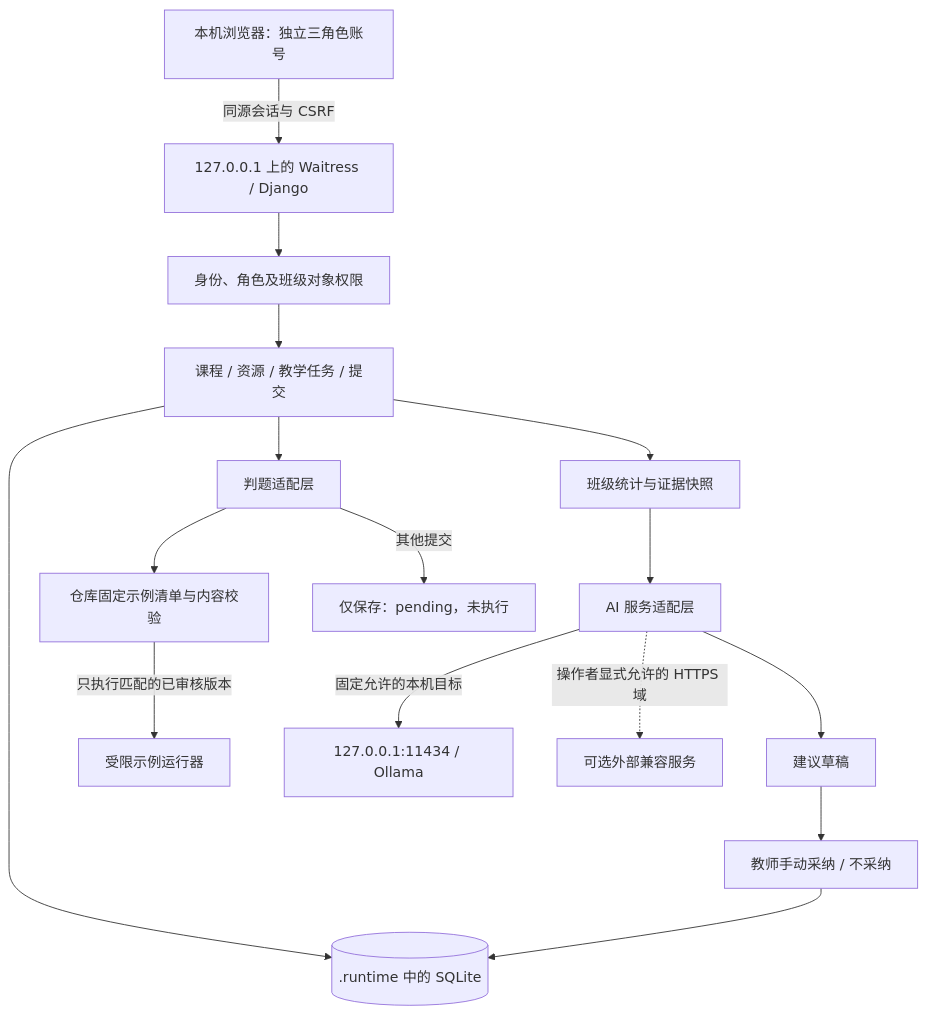
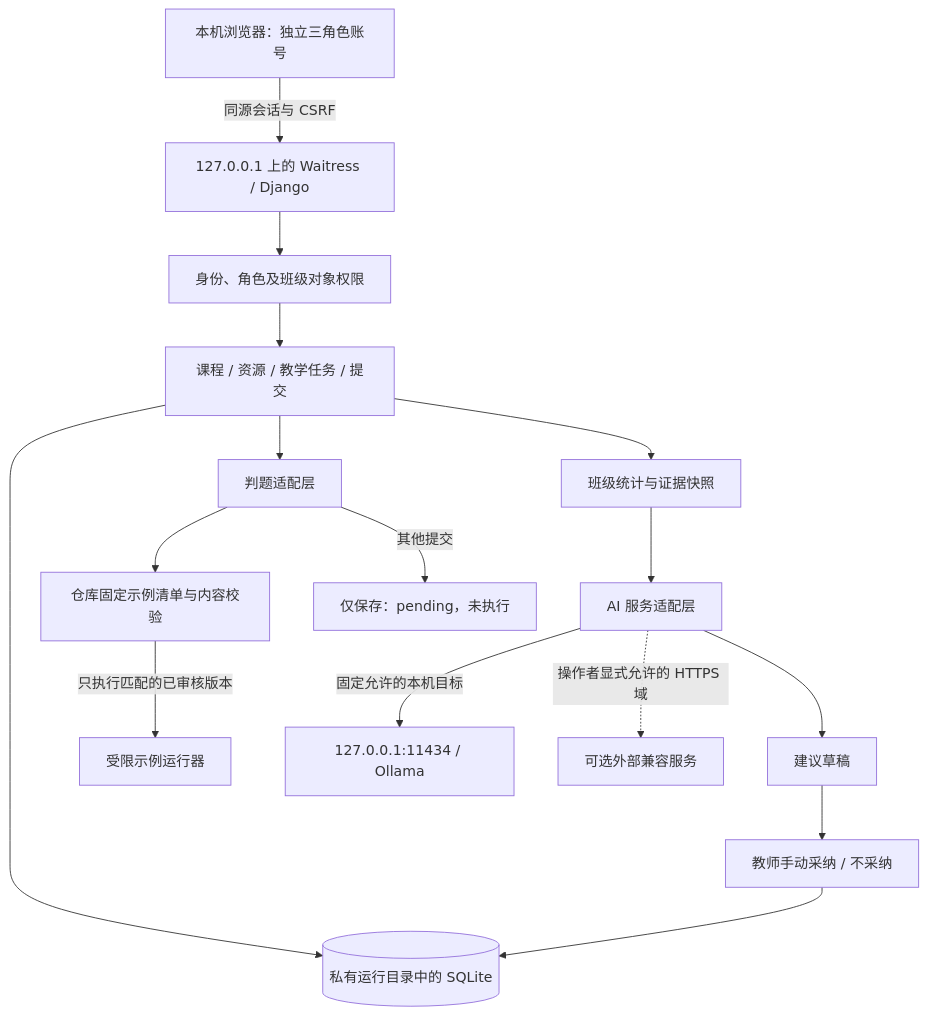
One commit to zhang124zb/course-loop changed the diagram in docs/01_技术选型与安全架构.md. Above: the diagram before and after it, drawn with Mermaid. The commit also changed other lines of this file and 15 other files, not shown here.

````diff
--- a/docs/01_技术选型与安全架构.md
+++ b/docs/01_技术选型与安全架构.md
@@ -19,18 +19,18 @@
 ```mermaid
 flowchart TD
     U[本机浏览器：独立三角色账号] -->|同源会话与 CSRF| W[127.0.0.1 上的 Waitress / Django]
     W --> A[身份、角色及班级对象权限]
     A --> T[课程 / 资源 / 教学任务 / 提交]
-    T --> DB[(.runtime 中的 SQLite)]
+    T --> DB[(私有运行目录中的 SQLite)]
     T --> J[判题适配层]
     J --> F[仓库固定示例清单与内容校验]
     F -->|只执行匹配的已审核版本| R[受限示例运行器]
     J -->|其他提交| P[仅保存：pending，未执行]
     T --> S[班级统计与证据快照]
     S --> AI[AI 服务适配层]
     AI -->|固定允许的本机目标| O[127.0.0.1:11434 / Ollama]
     AI -.->|操作者显式允许的 HTTPS 域| E[可选外部兼容服务]
     AI --> D[建议草稿]
     D --> C[教师手动采纳 / 不采纳]
     C --> DB
 ```
````
